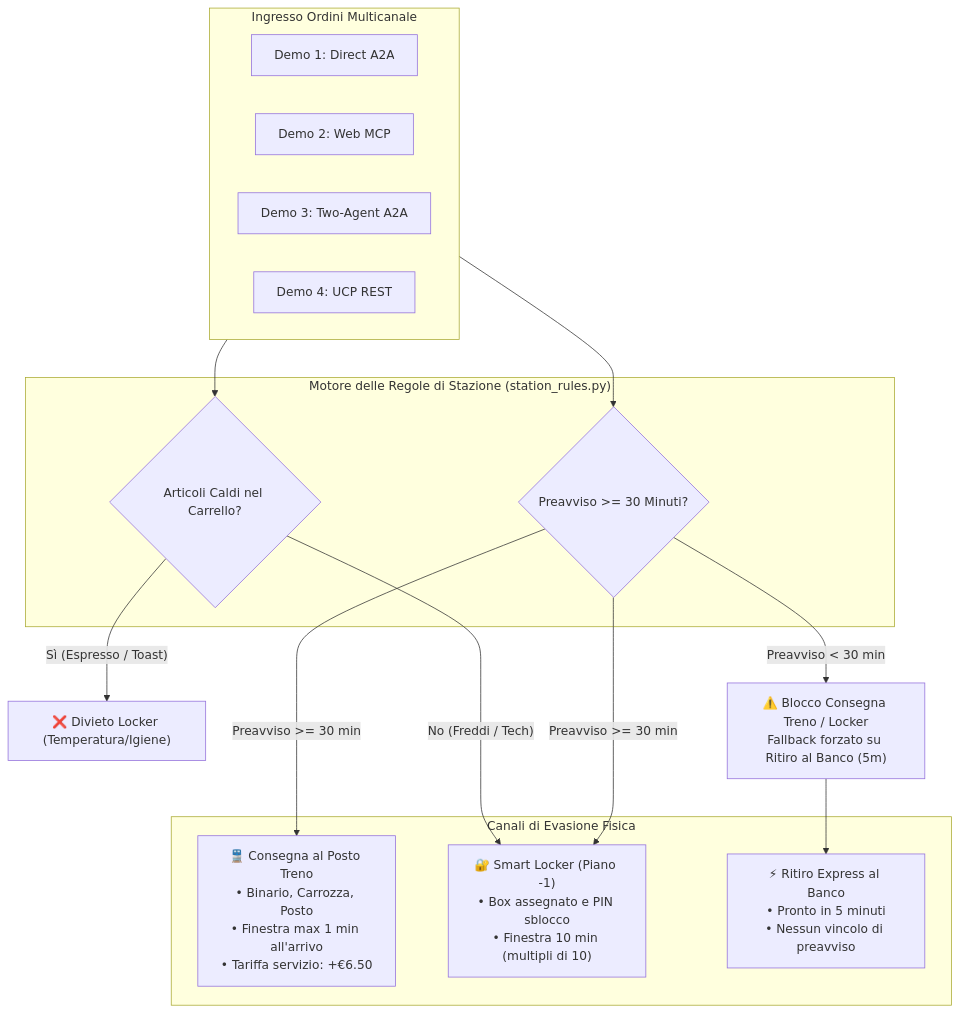
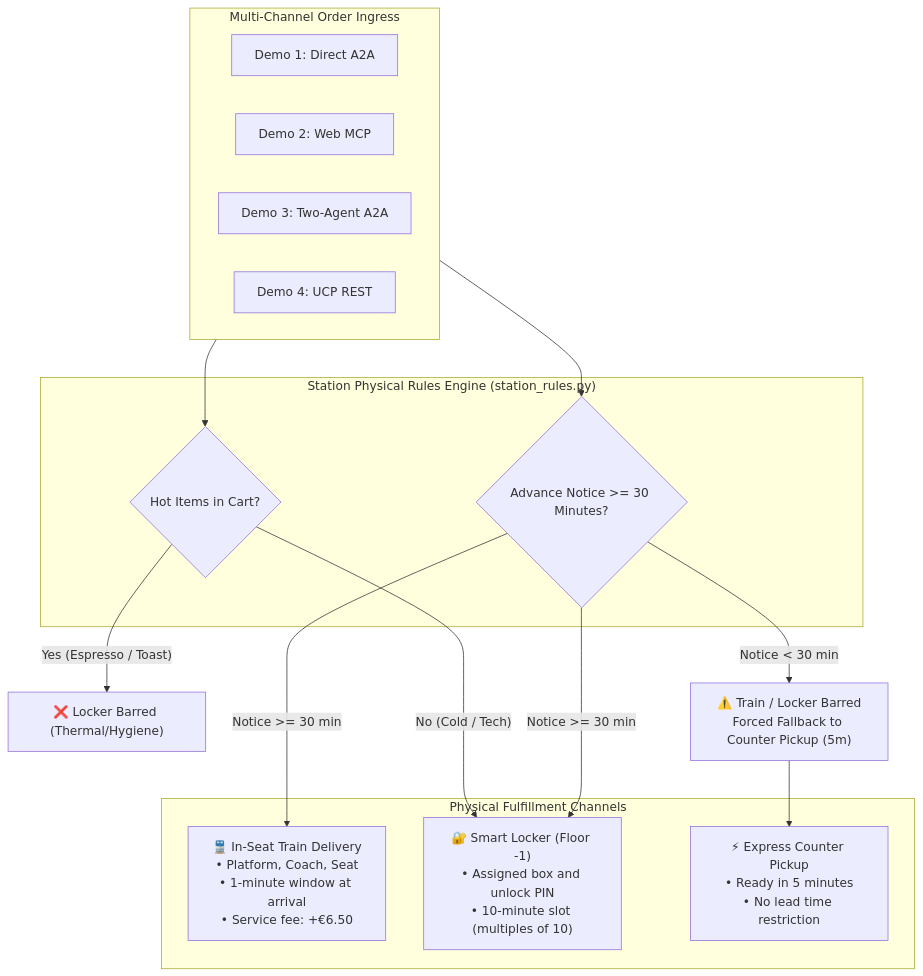
Before and after one commit to andrea-alberto/agentic-commerce-demo: the fourth of 6 diagrams in docs/architecture.md, drawn with Mermaid. The commit also changed other lines of this file and 14 other files, not shown here.

````diff
--- a/docs/architecture.md
+++ b/docs/architecture.md
@@ -253,31 +253,31 @@
 ```mermaid
 flowchart TD
-    subgraph MultiChannelInputs ["Ingresso Ordini Multicanale"]
+    subgraph MultiChannelInputs ["Multi-Channel Order Ingress"]
         A2AInput["Demo 1: Direct A2A"]
         McpInput["Demo 2: Web MCP"]
         FederatedInput["Demo 3: Two-Agent A2A"]
         RestInput["Demo 4: UCP REST"]
     end
 
-    subgraph StationRulesEngine ["Motore delle Regole di Stazione (station_rules.py)"]
-        ThermalCheck{"Articoli Caldi nel Carrello?"}
-        LeadTimeCheck{"Preavviso >= 30 Minuti?"}
+    subgraph StationRulesEngine ["Station Physical Rules Engine (station_rules.py)"]
+        ThermalCheck{"Hot Items in Cart?"}
+        LeadTimeCheck{"Advance Notice >= 30 Minutes?"}
     end
 
-    subgraph FulfillmentDispatch ["Canali di Evasione Fisica"]
-        TrainFulfillment["🚆 Consegna al Posto Treno<br/>• Binario, Carrozza, Posto<br/>• Finestra max 1 min all'arrivo<br/>• Tariffa servizio: +€6.50"]
-        LockerFulfillment["🔐 Smart Locker (Piano -1)<br/>• Box assegnato e PIN sblocco<br/>• Finestra 10 min (multipli di 10)"]
-        ExpressFulfillment["⚡ Ritiro Express al Banco<br/>• Pronto in 5 minuti<br/>• Nessun vincolo di preavviso"]
+    subgraph FulfillmentDispatch ["Physical Fulfillment Channels"]
+        TrainFulfillment["🚆 In-Seat Train Delivery<br/>• Platform, Coach, Seat<br/>• 1-minute window at arrival<br/>• Service fee: +€6.50"]
+        LockerFulfillment["🔐 Smart Locker (Floor -1)<br/>• Assigned box and unlock PIN<br/>• 10-minute slot (multiples of 10)"]
+        ExpressFulfillment["⚡ Express Counter Pickup<br/>• Ready in 5 minutes<br/>• No lead time restriction"]
     end
 
     MultiChannelInputs --> ThermalCheck
-    ThermalCheck -- "Sì (Espresso / Toast)" --> BlockLocker["❌ Divieto Locker (Temperatura/Igiene)"]
-    ThermalCheck -- "No (Freddi / Tech)" --> LockerFulfillment
+    ThermalCheck -- "Yes (Espresso / Toast)" --> BlockLocker["❌ Locker Barred (Thermal/Hygiene)"]
+    ThermalCheck -- "No (Cold / Tech)" --> LockerFulfillment
 
     MultiChannelInputs --> LeadTimeCheck
-    LeadTimeCheck -- "Preavviso < 30 min" --> FallbackExpress["⚠️ Blocco Consegna Treno / Locker<br/>Fallback forzato su Ritiro al Banco (5m)"]
-    LeadTimeCheck -- "Preavviso >= 30 min" --> TrainFulfillment
-    LeadTimeCheck -- "Preavviso >= 30 min" --> LockerFulfillment
+    LeadTimeCheck -- "Notice < 30 min" --> FallbackExpress["⚠️ Train / Locker Barred<br/>Forced Fallback to Counter Pickup (5m)"]
+    LeadTimeCheck -- "Notice >= 30 min" --> TrainFulfillment
+    LeadTimeCheck -- "Notice >= 30 min" --> LockerFulfillment
 
     FallbackExpress --> ExpressFulfillment
 ```
````
